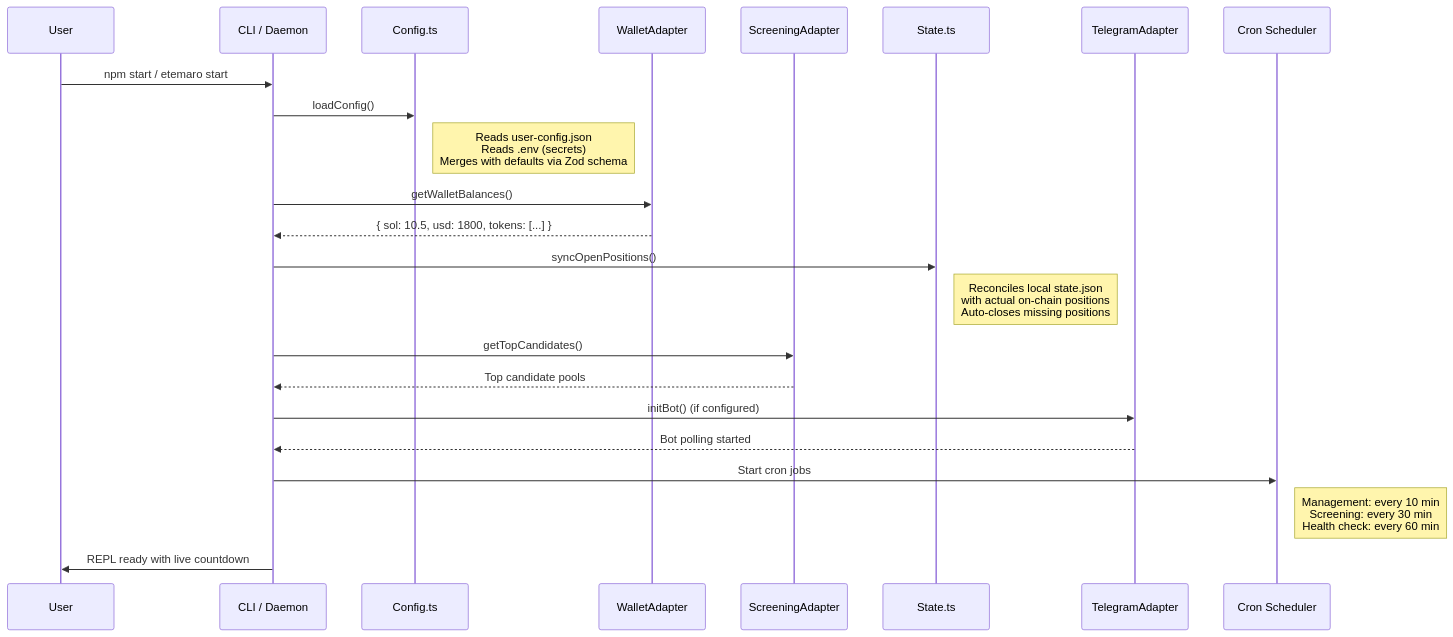
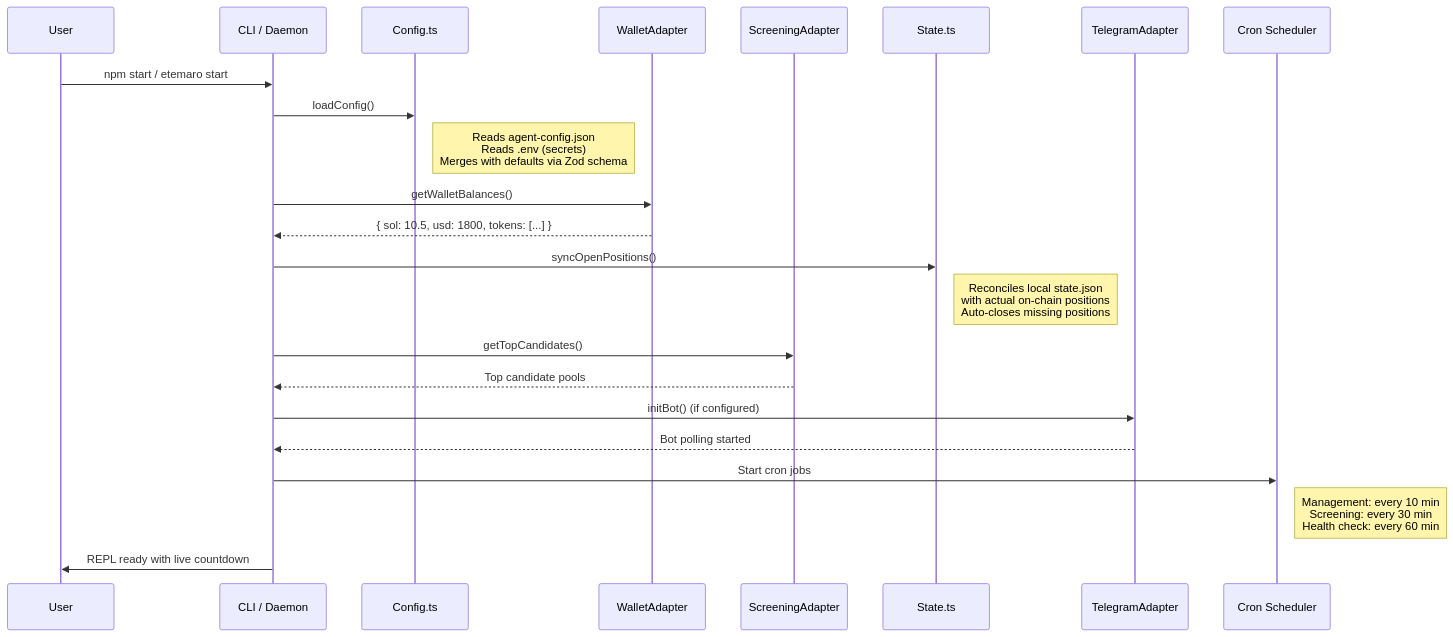
One commit to romankurnovskii/etemaro changed the third of 18 diagrams in docs/FULL_FLOW.md. Above: the diagram before and after it, drawn with Mermaid. The commit also changed other lines of this file and 25 other files, not shown here.

First line of the commit message:
refactor(config): rename user-config terminology to agent-config

````diff
--- a/docs/FULL_FLOW.md
+++ b/docs/FULL_FLOW.md
@@ -181,32 +181,32 @@
 ```mermaid
 sequenceDiagram
     participant User
     participant CLI as CLI / Daemon
     participant Config as Config.ts
     participant Wallet as WalletAdapter
     participant Screen as ScreeningAdapter
     participant State as State.ts
     participant Telegram as TelegramAdapter
     participant Cron as Cron Scheduler
 
     User->>CLI: npm start / etemaro start
     CLI->>Config: loadConfig()
-    Note right of Config: Reads user-config.json<br/>Reads .env (secrets)<br/>Merges with defaults via Zod schema
+    Note right of Config: Reads agent-config.json<br/>Reads .env (secrets)<br/>Merges with defaults via Zod schema
 
     CLI->>Wallet: getWalletBalances()
     Wallet-->>CLI: { sol: 10.5, usd: 1800, tokens: [...] }
 
     CLI->>State: syncOpenPositions()
     Note right of State: Reconciles local state.json<br/>with actual on-chain positions<br/>Auto-closes missing positions
 
     CLI->>Screen: getTopCandidates()
     Screen-->>CLI: Top candidate pools
 
     CLI->>Telegram: initBot() (if configured)
     Telegram-->>CLI: Bot polling started
 
     CLI->>Cron: Start cron jobs
     Note right of Cron: Management: every 10 min<br/>Screening: every 30 min<br/>Health check: every 60 min
 
     CLI->>User: REPL ready with live countdown
 ```
````
